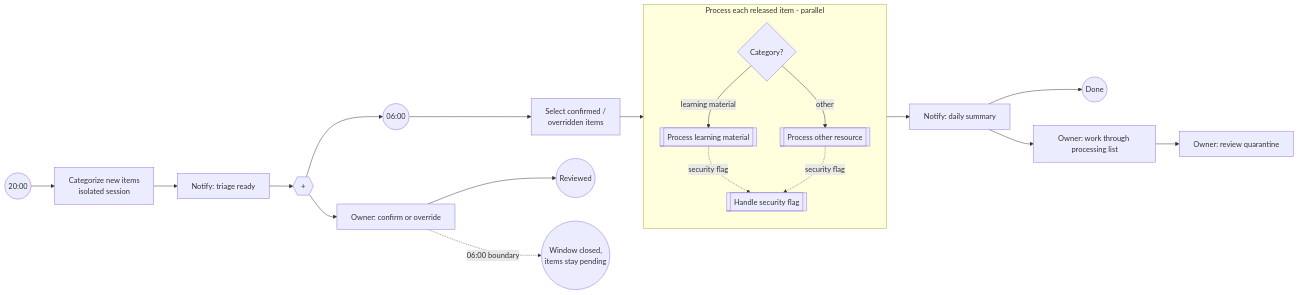
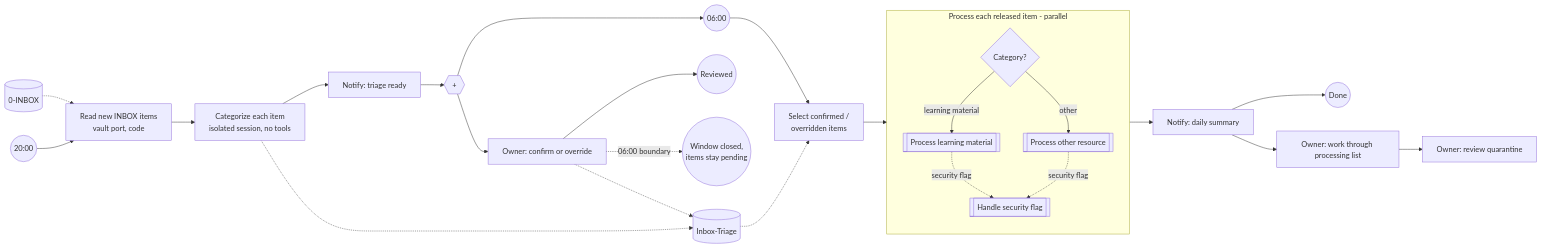
The diagram in docs/process/process-inbox-items.md (zskreisz01/pkpipe), drawn with Mermaid before and after one commit. The commit also changed other lines of this file and 83 other files, not shown here.

````diff
--- a/docs/process/process-inbox-items.md
+++ b/docs/process/process-inbox-items.md
@@ -12,16 +12,19 @@
 ```mermaid
 flowchart LR
-    s((20:00)) --> cat[Categorize new items<br/>isolated session] --> ntf[Notify: triage ready] --> par{{+}}
+    inb[(0-INBOX)] -.-> read
+    s((20:00)) --> read[Read new INBOX items<br/>vault port, code] --> cat[Categorize each item<br/>isolated session, no tools] --> ntf[Notify: triage ready] --> par{{+}}
     par --> tm((06:00)) --> sel[Select confirmed /<br/>overridden items]
     par --> rev[Owner: confirm or override] --> rd((Reviewed))
     rev -. "06:00 boundary" .-> rc((Window closed,<br/>items stay pending))
+    cat -.-> tri[(Inbox-Triage)] -.-> sel
+    rev -.-> tri
     sel --> mi
     subgraph mi [Process each released item - parallel]
         g{Category?} -- learning material --> cl[[Process learning material]]
         g -- other --> co[[Process other resource]]
         cl -. security flag .-> hq[[Handle security flag]]
         co -. security flag .-> hq
     end
     mi --> sum[Notify: daily summary] --> e((Done))
     sum --> wk[Owner: work through processing list] --> qr[Owner: review quarantine]
 ```
````
